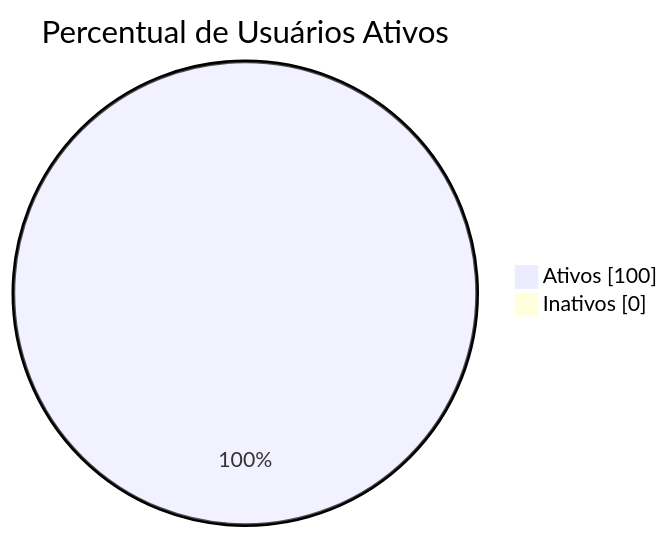
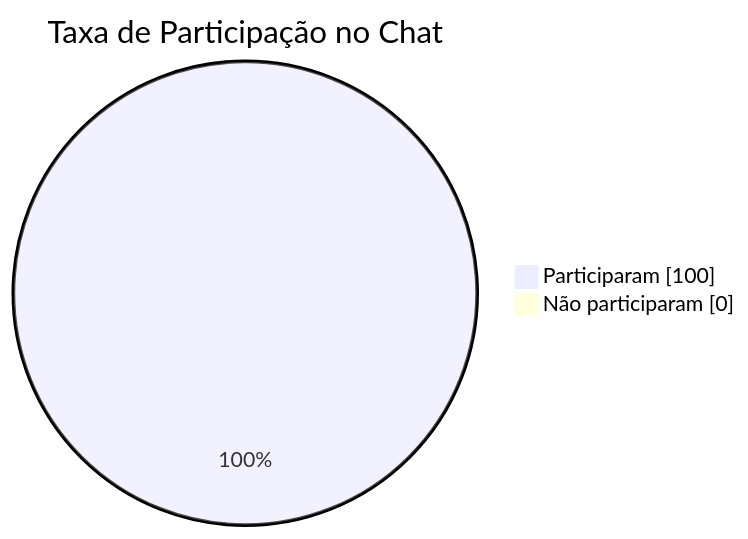
The fifth of 6 diagrams in docs/performance-indicators.md (Ennzzo/acadus), drawn with Mermaid before and after one commit. The commit also changed other lines of this file and 24 other files, not shown here.

````diff
--- a/docs/performance-indicators.md
+++ b/docs/performance-indicators.md
@@ -67,6 +126,6 @@
 ```mermaid
 pie showData
-    title Percentual de Usuários Ativos
-    "Ativos" : 100
-    "Inativos" : 0
+    title Taxa de Participação no Chat
+    "Participaram" : 100
+    "Não participaram" : 0
 ```
````
